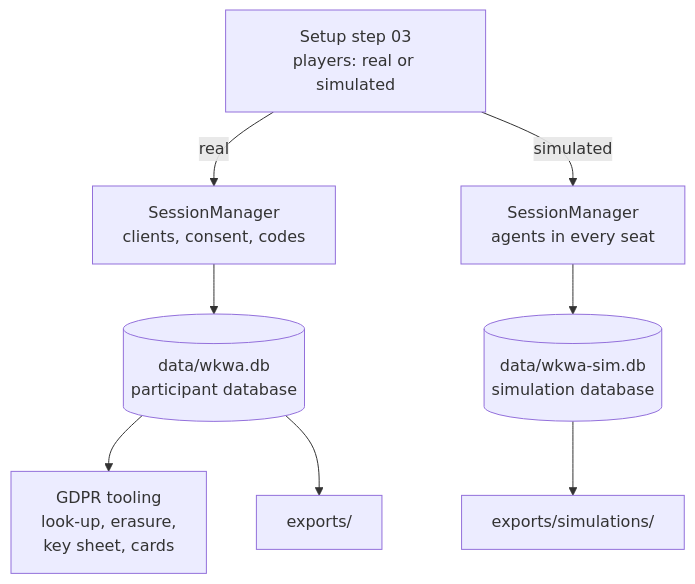
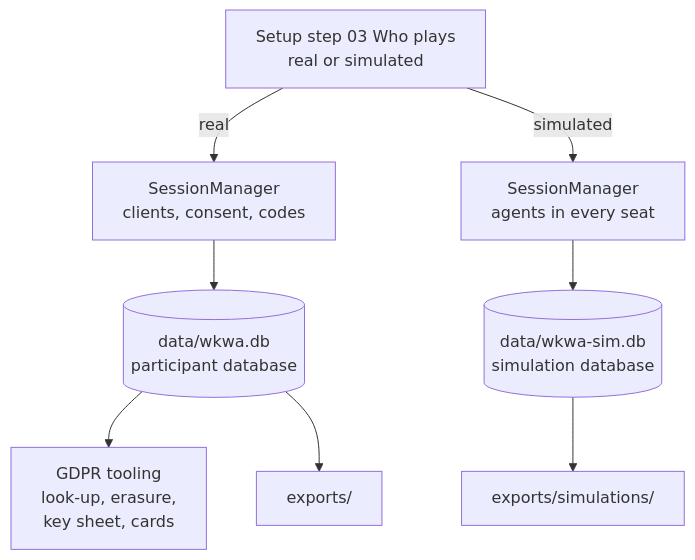
One commit to xy-zak/WhoKnowsWhoActs changed the sixth of 6 diagrams in docs/DATA-MANAGEMENT.md. Above: the diagram before and after it, drawn with Mermaid. The commit also changed other lines of this file and 21 other files, not shown here.

First line of the commit message:
Docs: session startup flow (welcome page, eleven setup steps, consent sections, mic check hold until the briefing, calibration readiness); change logs

````diff
--- a/docs/DATA-MANAGEMENT.md
+++ b/docs/DATA-MANAGEMENT.md
@@ -602,10 +605,10 @@
 ```mermaid
 flowchart TB
-  SETUP["Setup step 03<br/>players: real or simulated"] -->|real| R["SessionManager<br/>clients, consent, codes"]
+  SETUP["Setup step 03 Who plays<br/>real or simulated"] -->|real| R["SessionManager<br/>clients, consent, codes"]
   SETUP -->|simulated| S["SessionManager<br/>agents in every seat"]
   R --> RDB[("data/wkwa.db<br/>participant database")]
   S --> SDB[("data/wkwa-sim.db<br/>simulation database")]
   RDB --> GDPR["GDPR tooling<br/>look-up, erasure,<br/>key sheet, cards"]
   RDB --> REXP["exports/"]
   SDB --> SEXP["exports/simulations/"]
 ```
````
